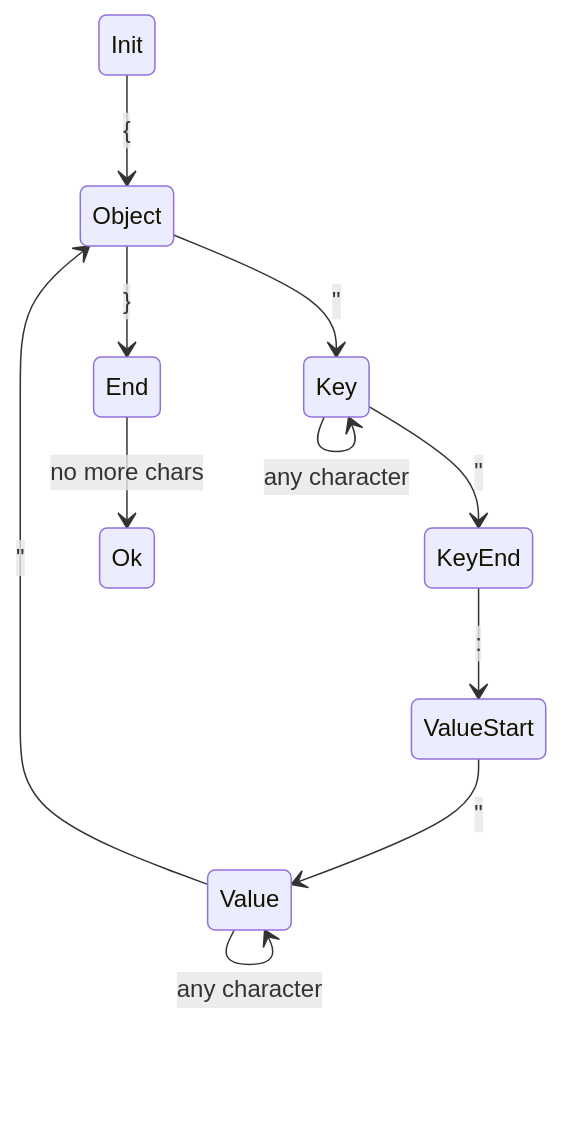
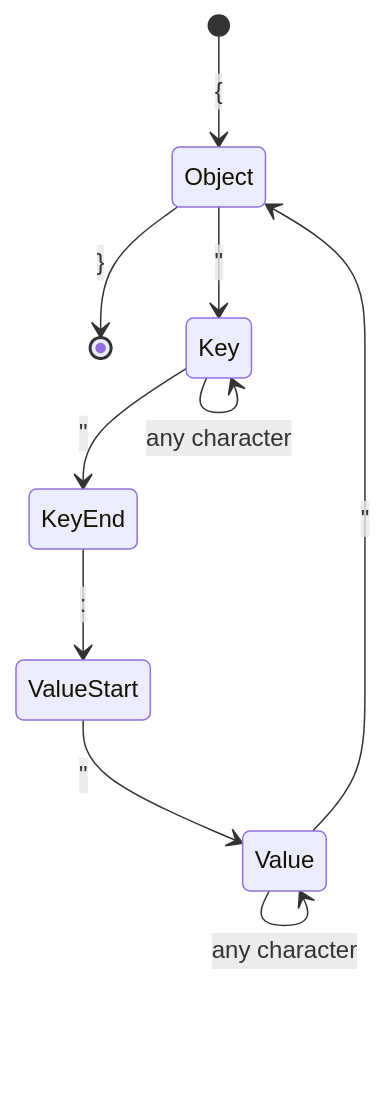
The diagram in states.md (20jasper/JJPWRGEM), drawn with Mermaid before and after one commit.

Commit message:
use start and end states instead of words

````diff
--- a/states.md
+++ b/states.md
@@ -17,17 +17,15 @@
 ```mermaid
 stateDiagram-v2
-    Init --> Object : {
+    [*] --> Object : {
 
-    Object --> End : }
+    Object --> [*] : }
     Object --> Key : "
 
     Key --> Key : any character
     Key --> KeyEnd : "
     KeyEnd --> ValueStart : #58;
 
     ValueStart --> Value : "
     Value --> Value : any character
     Value --> Object : "
-
-    End --> Ok : no more chars
 ```
````
